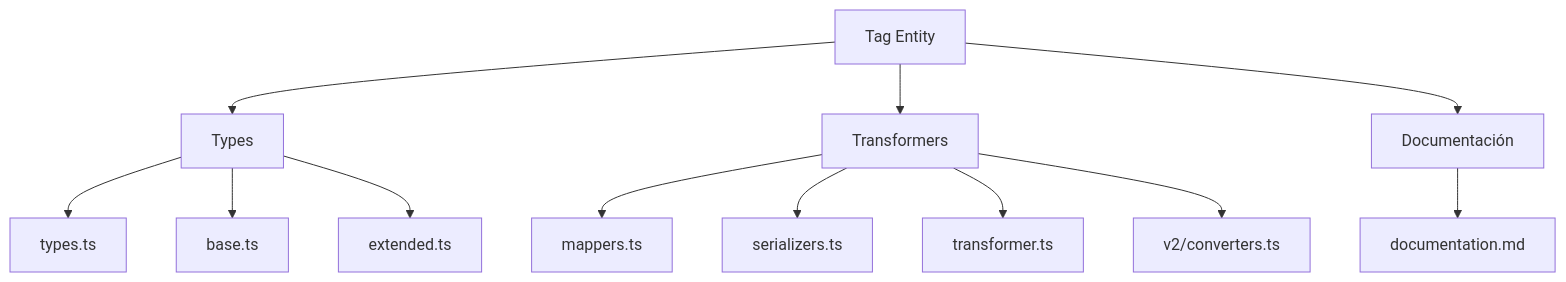
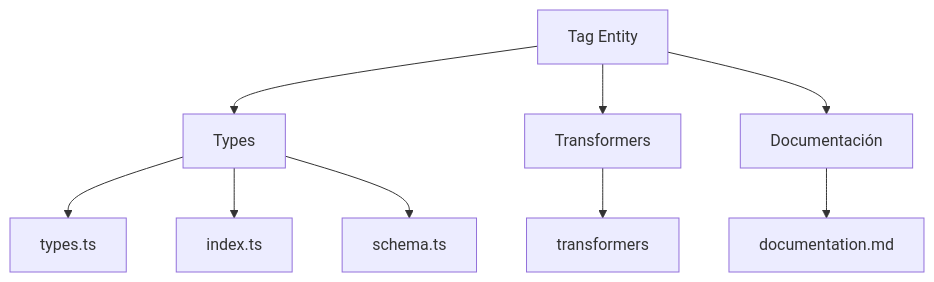
Before and after one commit to gvastethecreator/media-manager: the first of 2 diagrams in src/types/entities/tag/documentation.md, drawn with Mermaid. The commit also changed other lines of this file and 207 other files, not shown here.

````diff
--- a/src/types/entities/tag/documentation.md
+++ b/src/types/entities/tag/documentation.md
@@ -9,14 +9,11 @@
 ```mermaid
 graph TD
     A[Tag Entity] --> B[Types]
     A --> C[Transformers]
     A --> D[Documentación]
     B --> B1[types.ts]
-    B --> B2[base.ts]
-    B --> B3[extended.ts]
-    C --> C1[mappers.ts]
-    C --> C2[serializers.ts]
-    C --> C3[transformer.ts]
-    C --> C4[v2/converters.ts]
+    B --> B2[index.ts]
+    B --> B3[schema.ts]
+    C --> C1[transformers]
     D --> D1[documentation.md]
 ```
````
